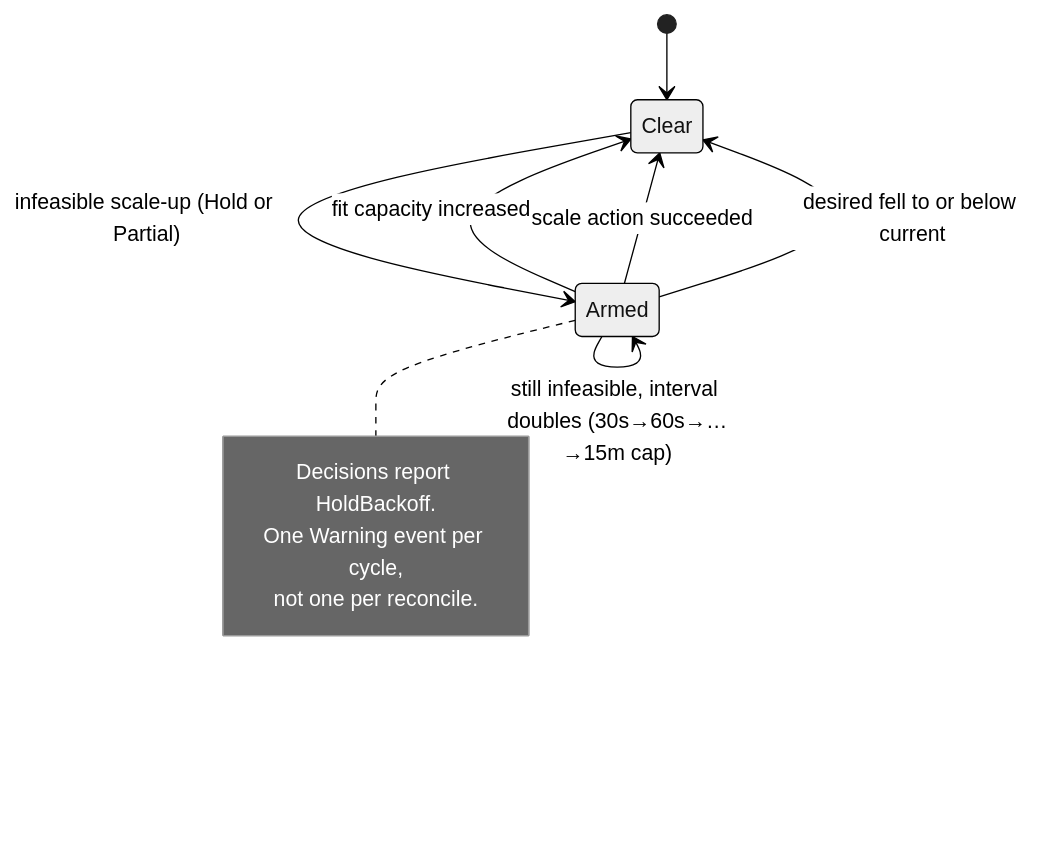
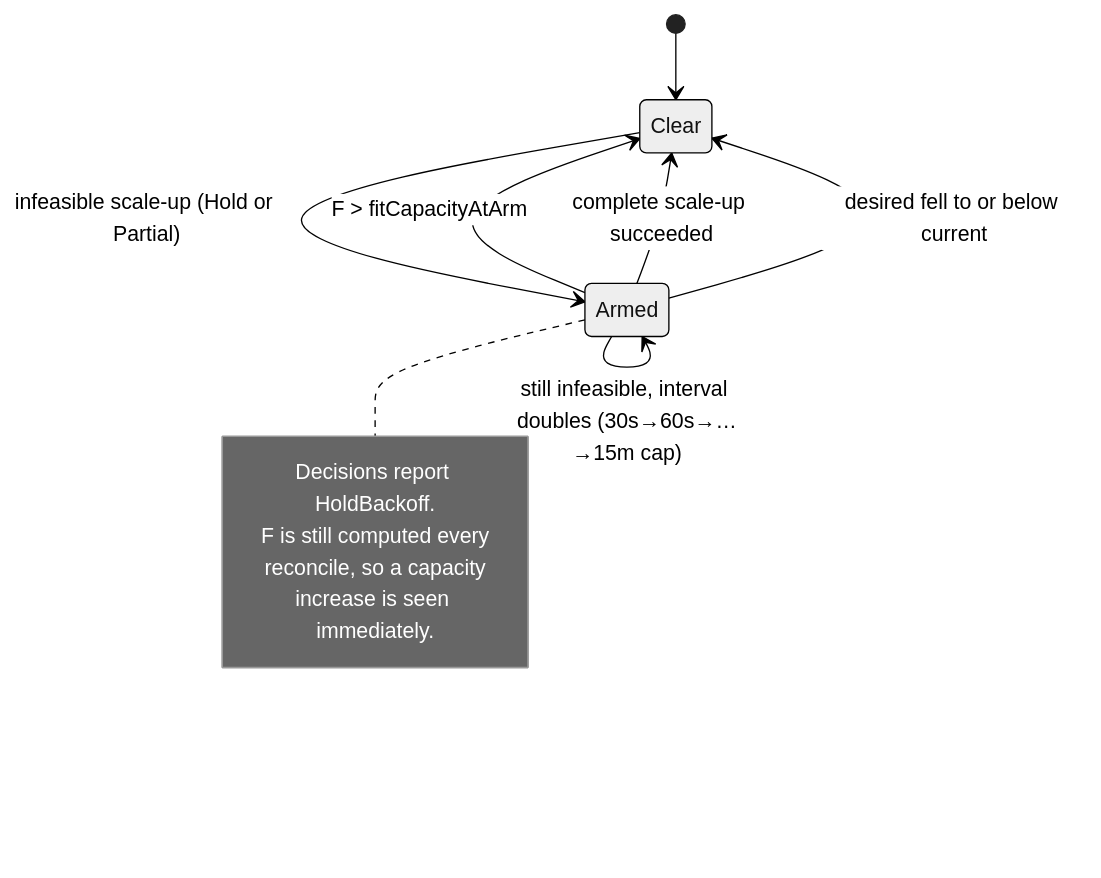
One commit to jensilin/KubeScaleSense changed the second of 2 diagrams in docs/scaling-algorithm.md. Above: the diagram before and after it, drawn with Mermaid (neutral theme). The commit also changed other lines of this file and 8 other files, not shown here.

````diff
--- a/docs/scaling-algorithm.md
+++ b/docs/scaling-algorithm.md
@@ -367,14 +411,15 @@
 ```mermaid
 stateDiagram-v2
     [*] --> Clear
     Clear --> Armed: infeasible scale-up (Hold or Partial)
     Armed --> Armed: still infeasible, interval doubles (30s→60s→…→15m cap)
-    Armed --> Clear: fit capacity increased
-    Armed --> Clear: scale action succeeded
+    Armed --> Clear: F > fitCapacityAtArm
+    Armed --> Clear: complete scale-up succeeded
     Armed --> Clear: desired fell to or below current
     note right of Armed
         Decisions report HoldBackoff.
-        One Warning event per cycle,
-        not one per reconcile.
+        F is still computed every
+        reconcile, so a capacity
+        increase is seen immediately.
     end note
 ```
````
